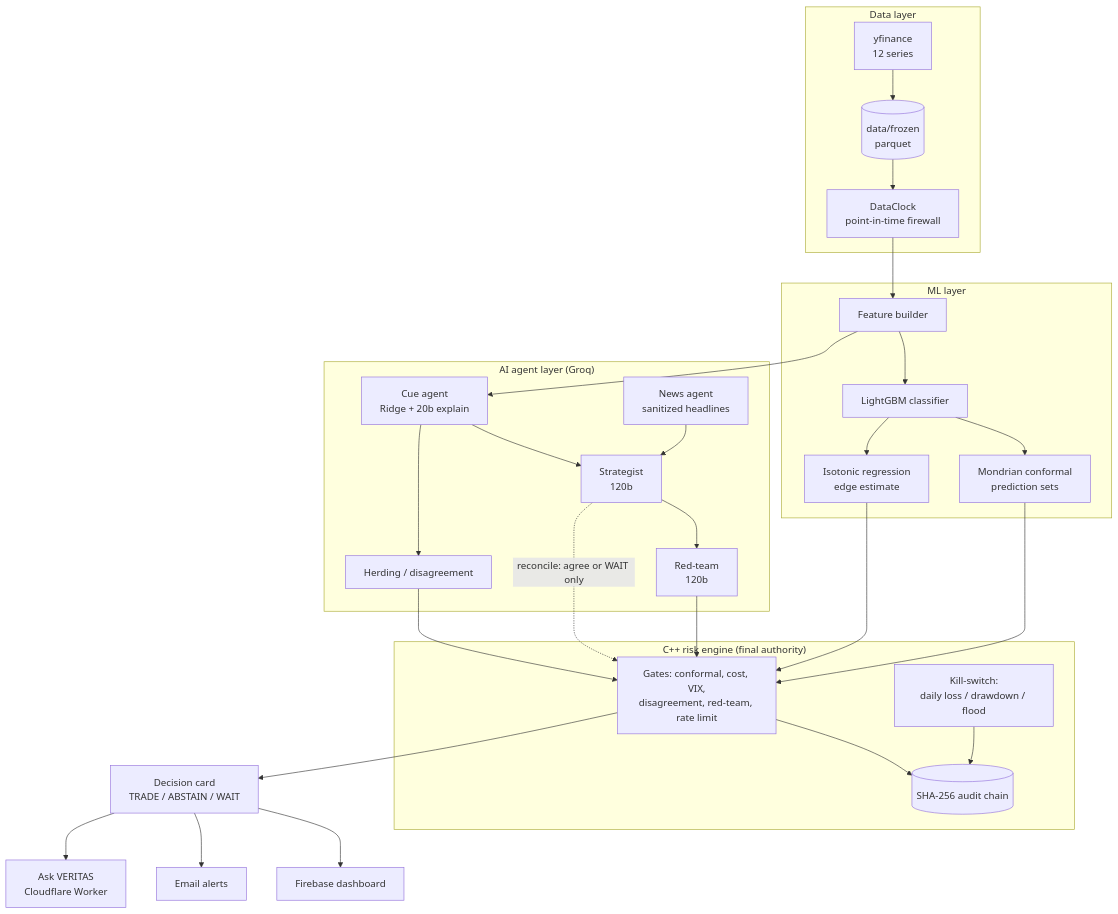
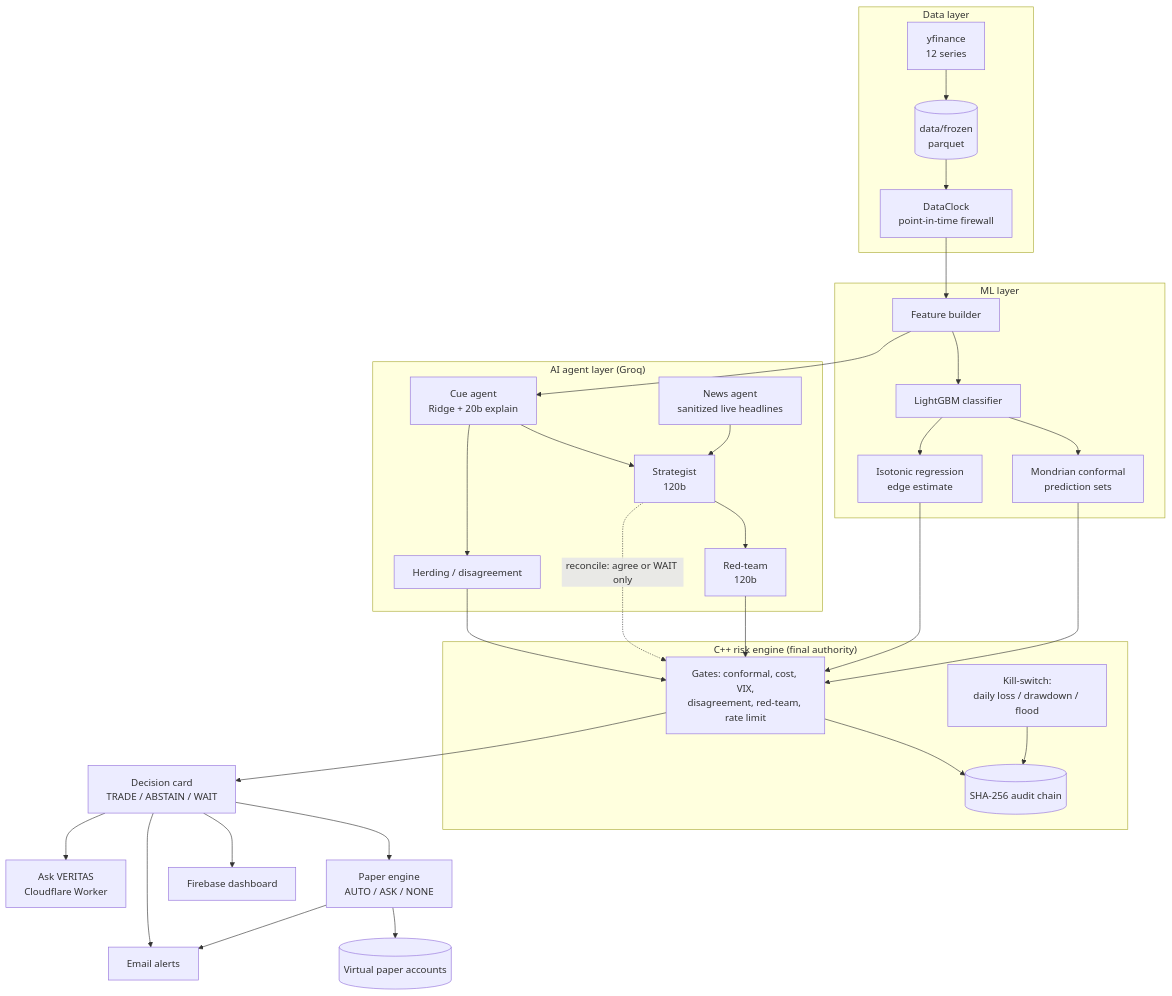
Before and after one commit to HIMANSHU-heist/VERITAS: the first of 7 diagrams in README.md, drawn with Mermaid. The commit also changed other lines of this file, not shown here.

````diff
--- a/README.md
+++ b/README.md
@@ -57,41 +78,44 @@
 ```mermaid
 flowchart TB
     subgraph DATA["Data layer"]
         YF[yfinance<br/>12 series] --> FZ[(data/frozen<br/>parquet)]
         FZ --> DC[DataClock<br/>point-in-time firewall]
     end
 
     subgraph ML["ML layer"]
         DC --> FE[Feature builder]
         FE --> LGB[LightGBM classifier]
         LGB --> CF[Mondrian conformal<br/>prediction sets]
         LGB --> ISO[Isotonic regression<br/>edge estimate]
     end
 
     subgraph AGENTS["AI agent layer (Groq)"]
         FE --> CUE[Cue agent<br/>Ridge + 20b explain]
-        NEWS[News agent<br/>sanitized headlines] --> STRAT
+        NEWS[News agent<br/>sanitized live headlines] --> STRAT
         CUE --> STRAT[Strategist<br/>120b]
         STRAT --> RED[Red-team<br/>120b]
         CUE --> HERD[Herding / disagreement]
     end
 
     subgraph CPP["C++ risk engine (final authority)"]
         GATES[Gates: conformal, cost, VIX,<br/>disagreement, red-team, rate limit]
         KILL[Kill-switch:<br/>daily loss / drawdown / flood]
         AUD[(SHA-256 audit chain)]
         GATES --> AUD
         KILL --> AUD
     end
 
     CF --> GATES
     ISO --> GATES
     HERD --> GATES
     RED --> GATES
     STRAT -.reconcile: agree or WAIT only.-> GATES
 
     GATES --> CARD[Decision card<br/>TRADE / ABSTAIN / WAIT]
+    CARD --> PAPER[Paper engine<br/>AUTO / ASK / NONE]
     CARD --> WEB[Firebase dashboard]
     CARD --> MAIL[Email alerts]
     CARD --> CHAT[Ask VERITAS<br/>Cloudflare Worker]
+    PAPER --> ACC[(Virtual paper accounts)]
+    PAPER --> MAIL
 ```
````
